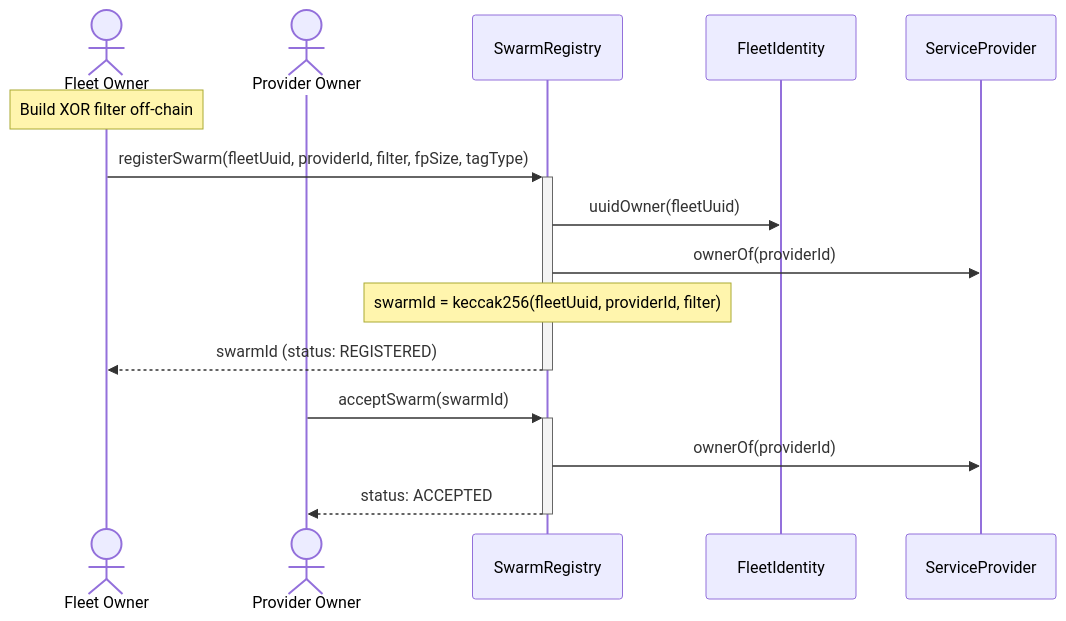
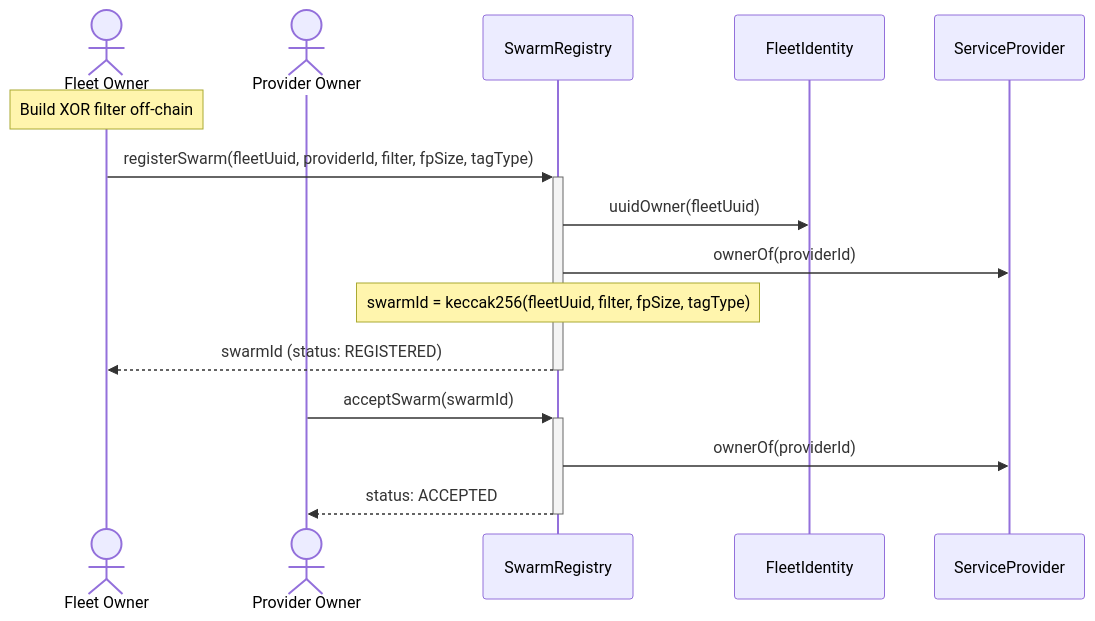
One commit to NodleCode/rollup changed the first of 4 diagrams in src/swarms/doc/swarm-operations.md. Above: the diagram before and after it, drawn with Mermaid. The commit also changed 8 other files, not shown here.

````diff
--- a/src/swarms/doc/swarm-operations.md
+++ b/src/swarms/doc/swarm-operations.md
@@ -9,20 +9,20 @@
 ```mermaid
 sequenceDiagram
     actor FO as Fleet Owner
     actor PRV as Provider Owner
     participant SR as SwarmRegistry
     participant FI as FleetIdentity
     participant SP as ServiceProvider
 
     Note over FO: Build XOR filter off-chain
 
     FO->>+SR: registerSwarm(fleetUuid, providerId, filter, fpSize, tagType)
     SR->>FI: uuidOwner(fleetUuid)
     SR->>SP: ownerOf(providerId)
-    Note over SR: swarmId = keccak256(fleetUuid, providerId, filter)
+    Note over SR: swarmId = keccak256(fleetUuid, filter, fpSize, tagType)
     SR-->>-FO: swarmId (status: REGISTERED)
 
     PRV->>+SR: acceptSwarm(swarmId)
     SR->>SP: ownerOf(providerId)
     SR-->>-PRV: status: ACCEPTED
 ```
````
